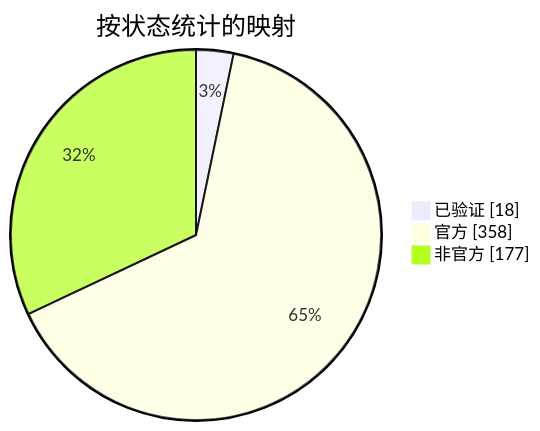
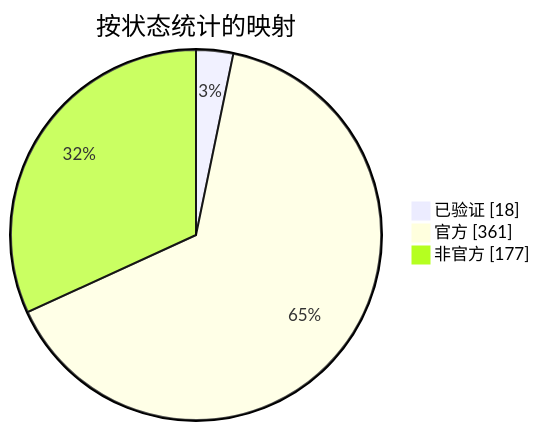
The diagram in docs/readme/README_ZHS.md (nobrega8/mbmap-library), drawn with Mermaid before and after one commit. The commit also changed 8 other files, not shown here.

````diff
--- a/docs/readme/README_ZHS.md
+++ b/docs/readme/README_ZHS.md
@@ -54,7 +54,7 @@
 ```mermaid
 pie showData
     title 按状态统计的映射
     "已验证" : 18
-    "官方" : 358
+    "官方" : 361
     "非官方" : 177
 ```
````
